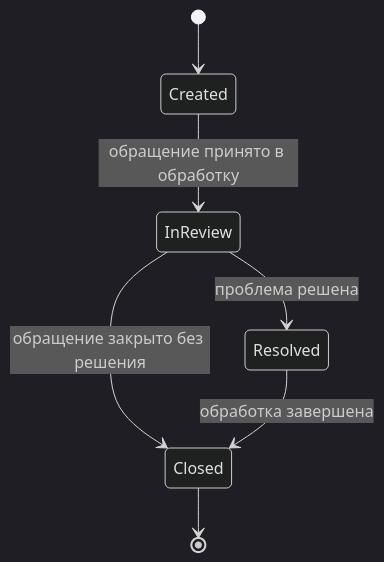
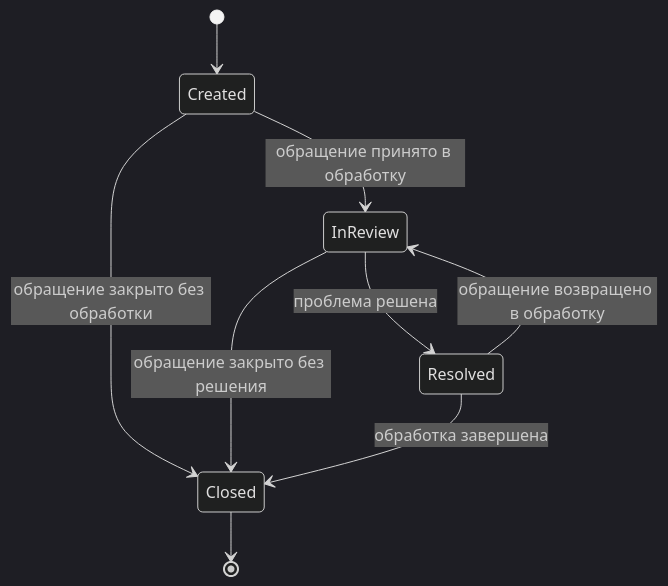
Before and after one commit to Ksybet/Fitly: diagram 13 of 20 in docs/ALL_DIAGRAMS.md, drawn with Mermaid (dark theme). The commit also changed 10 other files, not shown here.

````diff
--- a/docs/ALL_DIAGRAMS.md
+++ b/docs/ALL_DIAGRAMS.md
@@ -1051,12 +1051,14 @@
 ```mermaid
 stateDiagram-v2
     [*] --> Created
 
     Created --> InReview: обращение принято в обработку
+    Created --> Closed: обращение закрыто без обработки
     InReview --> Resolved: проблема решена
     InReview --> Closed: обращение закрыто без решения
 
+    Resolved --> InReview: обращение возвращено в обработку
     Resolved --> Closed: обработка завершена
 
     Closed --> [*]
 ```
````
